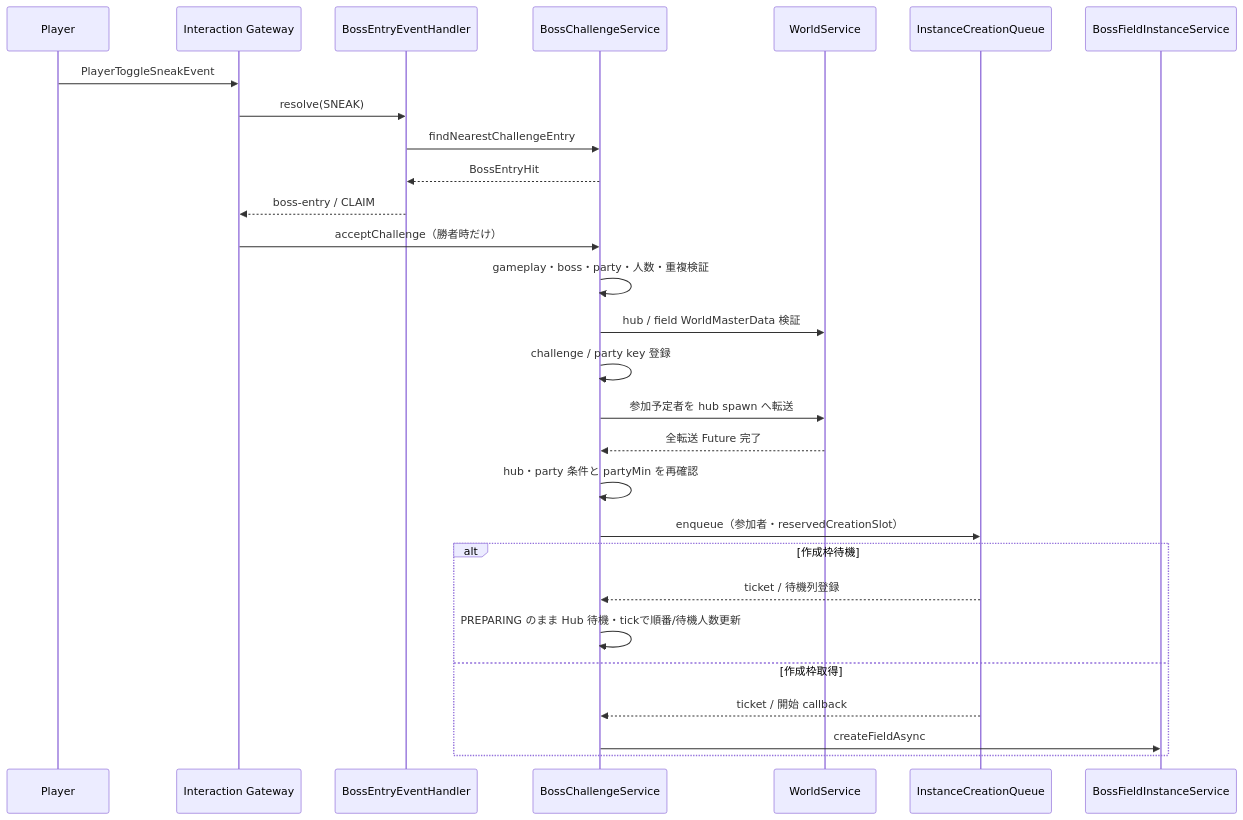
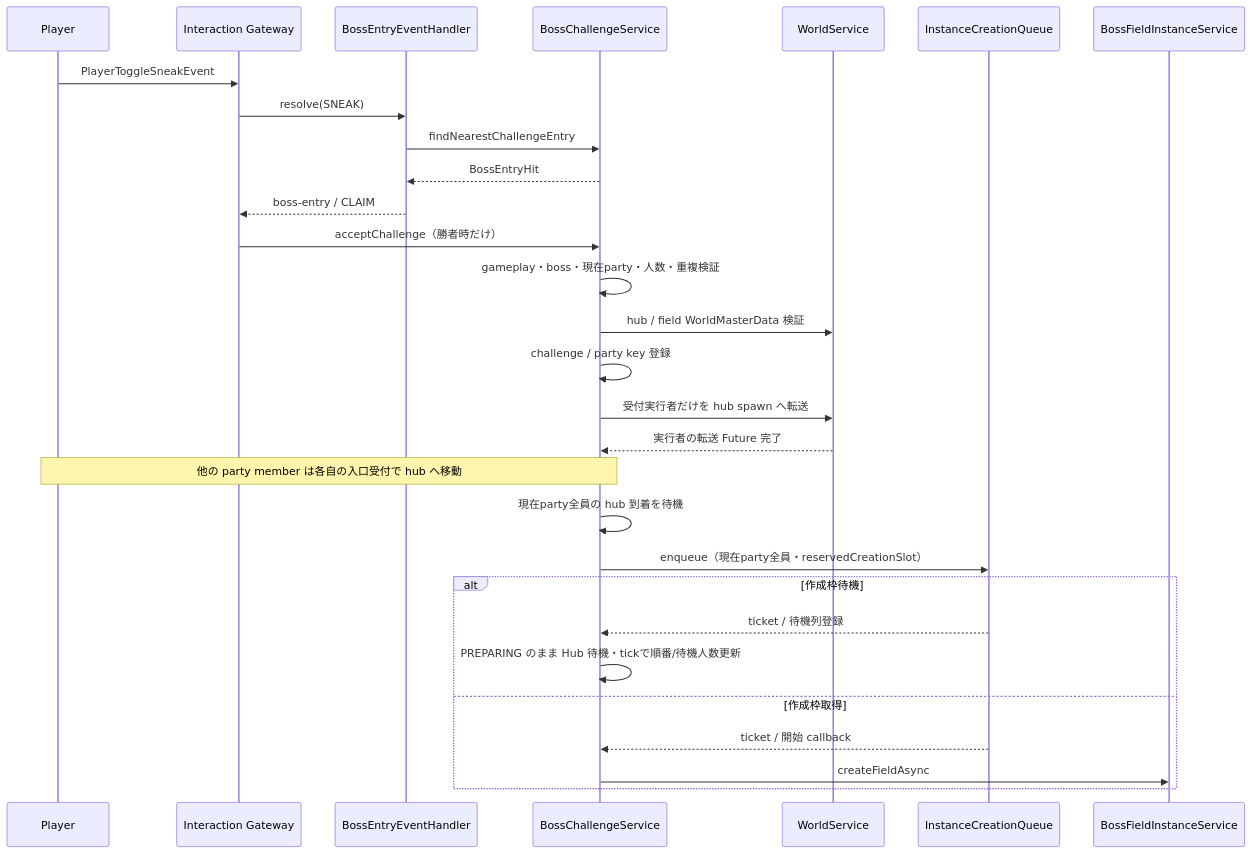
Before and after one commit to maaasu/AstralRecord-Workspace: the first of 6 diagrams in 00_docs/10_Plugin設計書/feature/26-boss/26_4-統合フロー.md, drawn with Mermaid. The commit also changed other lines of this file and 27 other files, not shown here.

````diff
--- a/00_docs/10_Plugin設計書/feature/26-boss/26_4-統合フロー.md
+++ b/00_docs/10_Plugin設計書/feature/26-boss/26_4-統合フロー.md
@@ -7,31 +7,32 @@
 ```mermaid
 sequenceDiagram
     participant P as Player
     participant G as Interaction Gateway
     participant E as BossEntryEventHandler
     participant B as BossChallengeService
     participant W as WorldService
     participant Q as InstanceCreationQueue
     participant F as BossFieldInstanceService
 
     P->>G: PlayerToggleSneakEvent
     G->>E: resolve(SNEAK)
     E->>B: findNearestChallengeEntry
     B-->>E: BossEntryHit
     E-->>G: boss-entry / CLAIM
     G->>B: acceptChallenge（勝者時だけ）
-    B->>B: gameplay・boss・party・人数・重複検証
+    B->>B: gameplay・boss・現在party・人数・重複検証
     B->>W: hub / field WorldMasterData 検証
     B->>B: challenge / party key 登録
-    B->>W: 参加予定者を hub spawn へ転送
-    W-->>B: 全転送 Future 完了
-    B->>B: hub・party 条件と partyMin を再確認
-    B->>Q: enqueue（参加者・reservedCreationSlot）
+    B->>W: 受付実行者だけを hub spawn へ転送
+    W-->>B: 実行者の転送 Future 完了
+    Note over P,B: 他の party member は各自の入口受付で hub へ移動
+    B->>B: 現在party全員の hub 到着を待機
+    B->>Q: enqueue（現在party全員・reservedCreationSlot）
     alt 作成枠待機
         Q-->>B: ticket / 待機列登録
         B->>B: PREPARING のまま Hub 待機・tickで順番/待機人数更新
     else 作成枠取得
         Q-->>B: ticket / 開始 callback
         B->>F: createFieldAsync
     end
 ```
````
